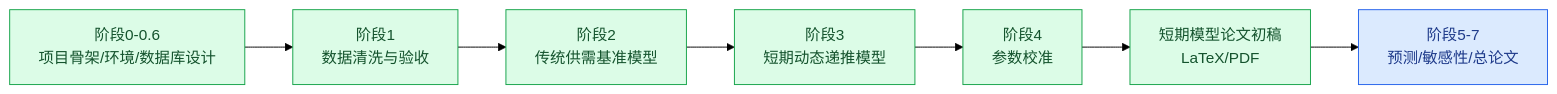
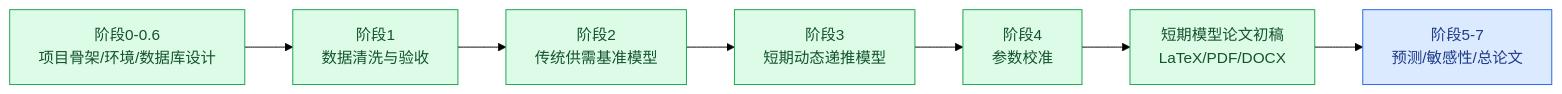
The diagram in STATUS.md (Timcai06/-A-), drawn with Mermaid (forest theme) before and after one commit. The commit also changed other lines of this file and 7 other files, not shown here.

````diff
--- a/STATUS.md
+++ b/STATUS.md
@@ -9,20 +9,20 @@
 ```mermaid
 flowchart LR
     S0["阶段0-0.6<br/>项目骨架/环境/数据库设计"] --> S1["阶段1<br/>数据清洗与验收"]
     S1 --> S2["阶段2<br/>传统供需基准模型"]
     S2 --> S3["阶段3<br/>短期动态递推模型"]
     S3 --> S4["阶段4<br/>参数校准"]
-    S4 --> P0["短期模型论文初稿<br/>LaTeX/PDF"]
+    S4 --> P0["短期模型论文初稿<br/>LaTeX/PDF/DOCX"]
     P0 --> S5["阶段5-7<br/>预测/敏感性/总论文"]
 
     S0:::done
     S1:::done
     S2:::done
     S3:::done
     S4:::done
     P0:::done
     S5:::next
 
     classDef done fill:#dcfce7,stroke:#16a34a,color:#14532d
     classDef next fill:#dbeafe,stroke:#2563eb,color:#1e3a8a
 ```
````
